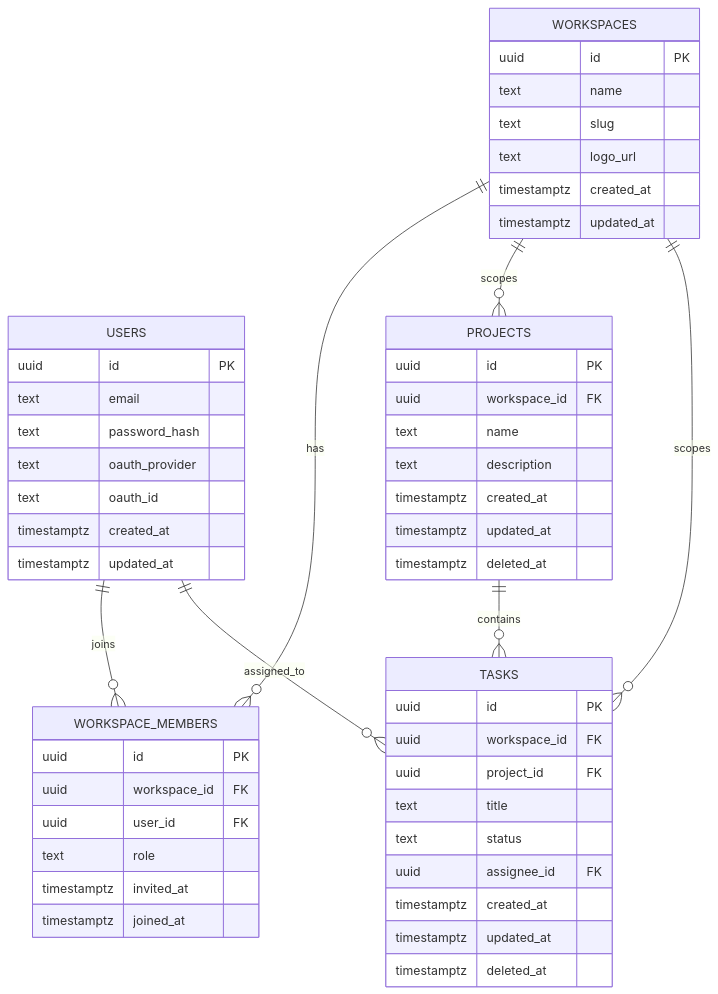
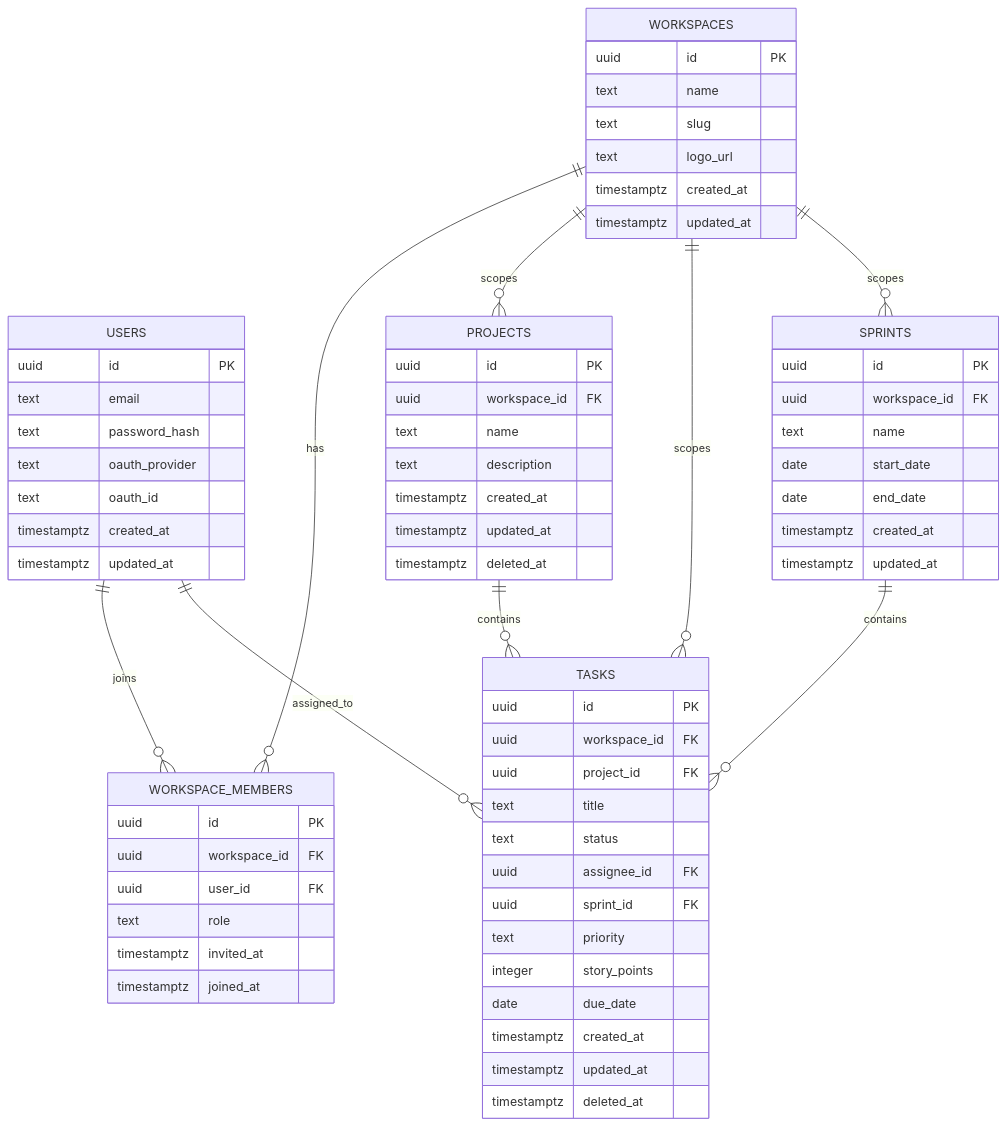
Before and after one commit to Dapo-dan/foundryhq: the first of 2 diagrams in docs/database.md, drawn with Mermaid. The commit also changed other lines of this file and 46 other files, not shown here.

````diff
--- a/docs/database.md
+++ b/docs/database.md
@@ -100,55 +120,70 @@
 ```mermaid
 erDiagram
     USERS {
         uuid id PK
         text email
         text password_hash
         text oauth_provider
         text oauth_id
         timestamptz created_at
         timestamptz updated_at
     }
     WORKSPACES {
         uuid id PK
         text name
         text slug
         text logo_url
         timestamptz created_at
         timestamptz updated_at
     }
     WORKSPACE_MEMBERS {
         uuid id PK
         uuid workspace_id FK
         uuid user_id FK
         text role
         timestamptz invited_at
         timestamptz joined_at
     }
     PROJECTS {
         uuid id PK
         uuid workspace_id FK
         text name
         text description
         timestamptz created_at
         timestamptz updated_at
         timestamptz deleted_at
     }
     TASKS {
         uuid id PK
         uuid workspace_id FK
         uuid project_id FK
         text title
         text status
         uuid assignee_id FK
+        uuid sprint_id FK
+        text priority
+        integer story_points
+        date due_date
         timestamptz created_at
         timestamptz updated_at
         timestamptz deleted_at
+    }
+    SPRINTS {
+        uuid id PK
+        uuid workspace_id FK
+        text name
+        date start_date
+        date end_date
+        timestamptz created_at
+        timestamptz updated_at
     }
 
     WORKSPACES ||--o{ WORKSPACE_MEMBERS : has
     USERS ||--o{ WORKSPACE_MEMBERS : joins
     WORKSPACES ||--o{ PROJECTS : scopes
     WORKSPACES ||--o{ TASKS : scopes
+    WORKSPACES ||--o{ SPRINTS : scopes
     PROJECTS ||--o{ TASKS : contains
     USERS ||--o{ TASKS : assigned_to
+    SPRINTS ||--o{ TASKS : contains
 ```
````
